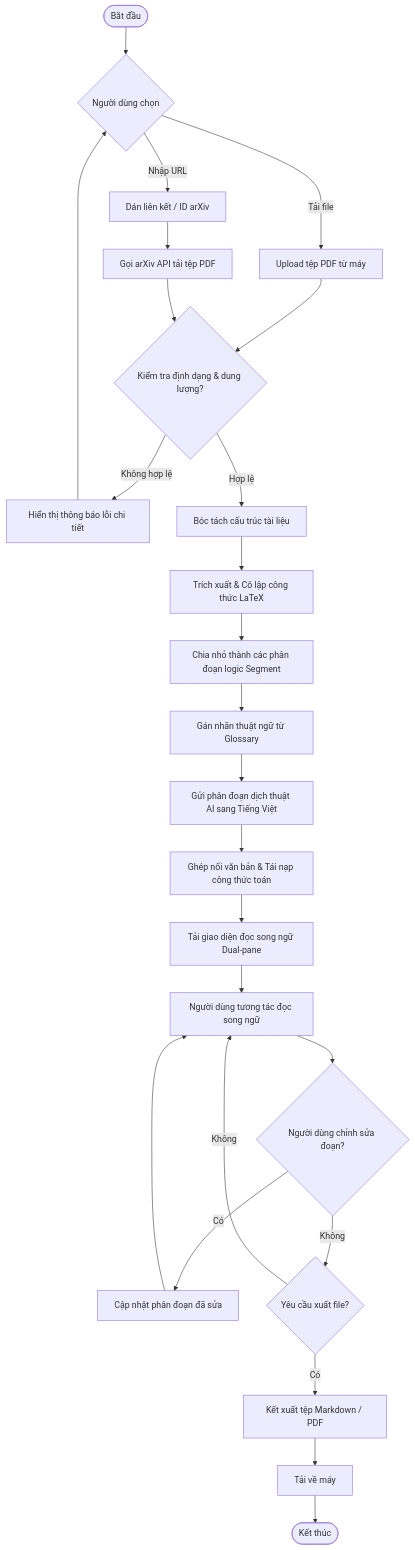
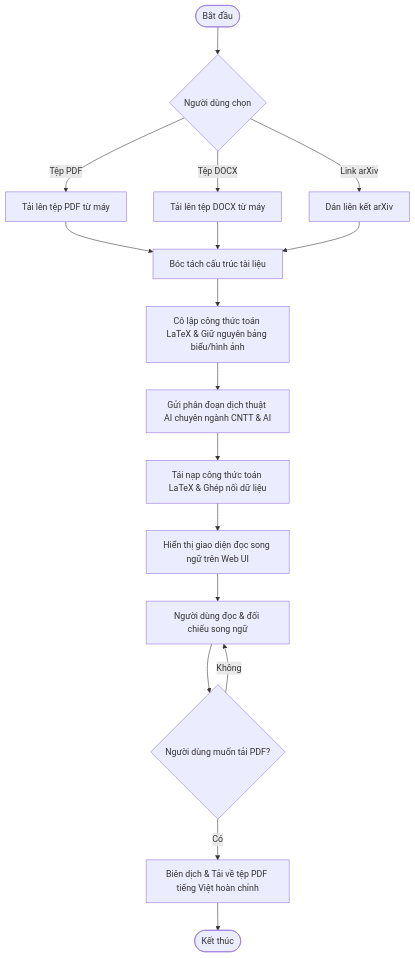
One commit to phamvantienkiz/paper-translation changed the second of 2 diagrams in docs/implementation/release-1/prd.md. Above: the diagram before and after it, drawn with Mermaid. The commit also changed other lines of this file and 15 other files, not shown here.

````diff
--- a/docs/implementation/release-1/prd.md
+++ b/docs/implementation/release-1/prd.md
@@ -102,31 +89,22 @@
 ```mermaid
 flowchart TD
     Start([Bắt đầu]) --> InputChoice{Người dùng chọn}
-    InputChoice -- Tải file --> UploadPDF[Upload tệp PDF từ máy]
-    InputChoice -- Nhập URL --> InputArxiv[Dán liên kết / ID arXiv]
+    InputChoice -- Tệp PDF --> IngestPDF[Tải lên tệp PDF từ máy]
+    InputChoice -- Tệp DOCX --> IngestDOCX[Tải lên tệp DOCX từ máy]
+    InputChoice -- Link arXiv --> IngestArxiv[Dán liên kết arXiv]
+
+    IngestPDF --> ParseDoc[Bóc tách cấu trúc tài liệu]
+    IngestDOCX --> ParseDoc
+    IngestArxiv --> ParseDoc
+
+    ParseDoc --> ProtectContent[Cô lập công thức toán LaTeX & Giữ nguyên bảng biểu/hình ảnh]
+    ProtectContent --> TranslateAI[Gửi phân đoạn dịch thuật AI chuyên ngành CNTT & AI]
+    TranslateAI --> Reassemble[Tái nạp công thức toán LaTeX & Ghép nối dữ liệu]
     
-    UploadPDF --> ValidateFile{Kiểm tra định dạng & dung lượng?}
-    InputArxiv --> FetchArxiv[Gọi arXiv API tải tệp PDF]
-    FetchArxiv --> ValidateFile
-    
-    ValidateFile -- Không hợp lệ --> ShowError[Hiển thị thông báo lỗi chi tiết]
-    ShowError --> InputChoice
-    
-    ValidateFile -- Hợp lệ --> ParseDoc[Bóc tách cấu trúc tài liệu]
-    ParseDoc --> ProtectMath[Trích xuất & Cô lập công thức LaTeX]
-    ProtectMath --> SegmentText[Chia nhỏ thành các phân đoạn logic Segment]
-    SegmentText --> MatchGlossary[Gán nhãn thuật ngữ từ Glossary]
-    MatchGlossary --> Translate[Gửi phân đoạn dịch thuật AI sang Tiếng Việt]
-    Translate --> Reassemble[Ghép nối văn bản & Tái nạp công thức toán]
-    Reassemble --> LoadDualPane[Tải giao diện đọc song ngữ Dual-pane]
-    
-    LoadDualPane --> Reading[Người dùng tương tác đọc song ngữ]
-    Reading --> UserEdit{Người dùng chỉnh sửa đoạn?}
-    UserEdit -- Có --> SaveEdit[Cập nhật phân đoạn đã sửa]
-    SaveEdit --> Reading
-    UserEdit -- Không --> UserExport{Yêu cầu xuất file?}
-    UserExport -- Có --> GenerateFile[Kết xuất tệp Markdown / PDF]
-    GenerateFile --> Download[Tải về máy]
-    UserExport -- Không --> Reading
-    Download --> End([Kết thúc])
+    Reassemble --> LoadDualPane[Hiển thị giao diện đọc song ngữ trên Web UI]
+    LoadDualPane --> Reading[Người dùng đọc & đối chiếu song ngữ]
+    Reading --> UserDownload{Người dùng muốn tải PDF?}
+    UserDownload -- Có --> GeneratePDF[Biên dịch & Tải về tệp PDF tiếng Việt hoàn chỉnh]
+    GeneratePDF --> End([Kết thúc])
+    UserDownload -- Không --> Reading
 ```
````
